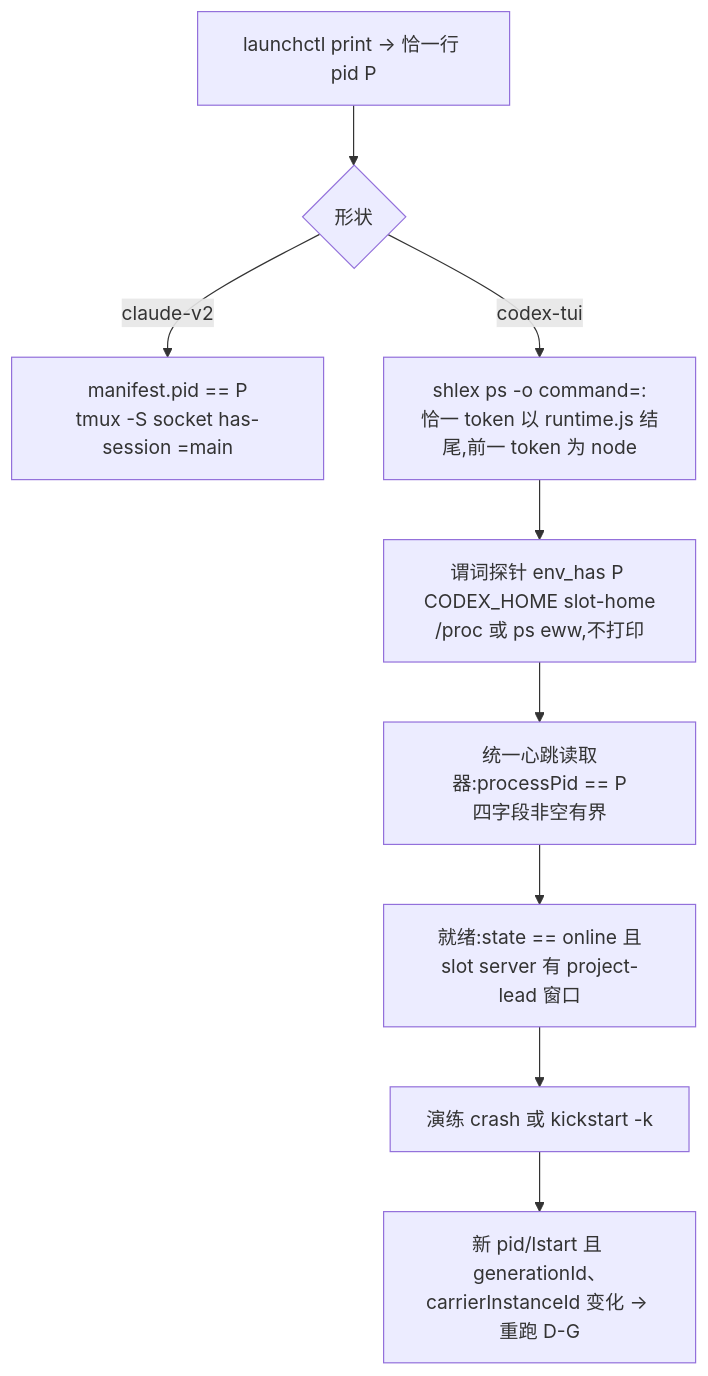
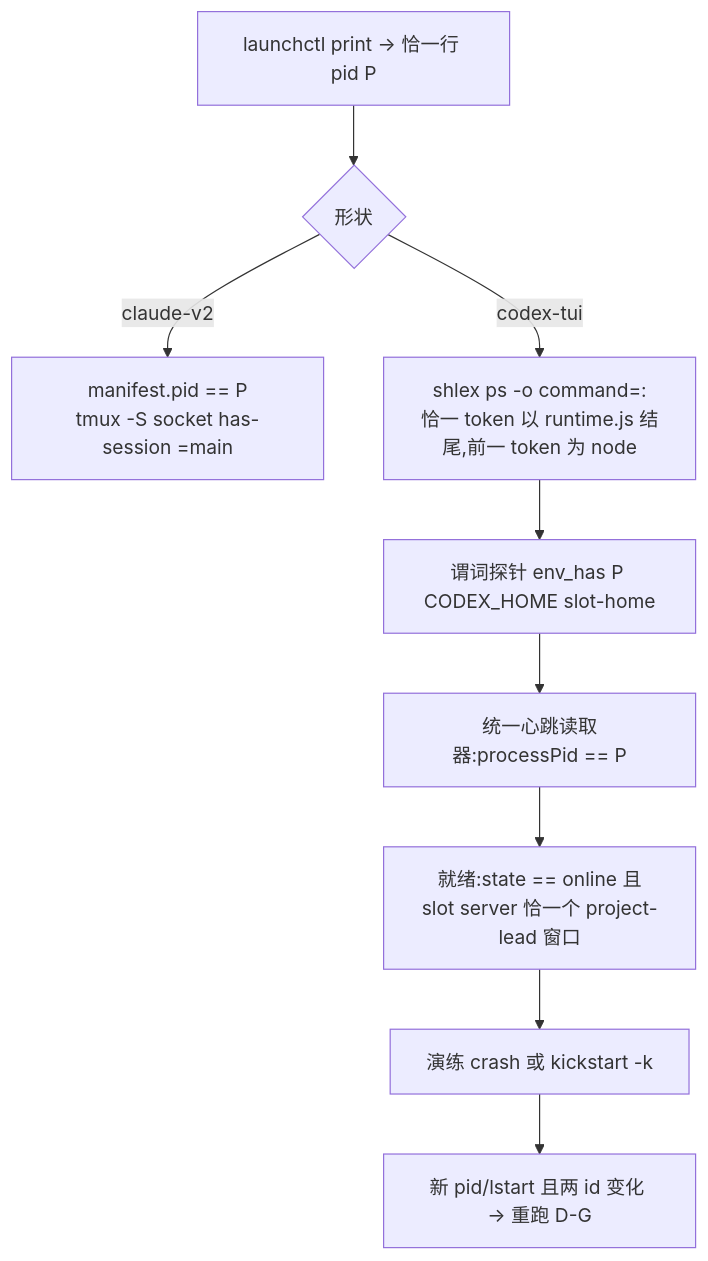
One commit to xrliAnnie/flywheel-qa-sandbox changed the second of 3 diagrams in engineering/doc/FLY-2301-codex-lead-bench/plan.md. Above: the diagram before and after it, drawn with Mermaid. The commit also changed other lines of this file, not shown here.

First line of the commit message:
docs: FLY-2301 plan rev3 — apply Codex R2 findings and Lead M9 wording

````diff
--- a/engineering/doc/FLY-2301-codex-lead-bench/plan.md
+++ b/engineering/doc/FLY-2301-codex-lead-bench/plan.md
@@ -57,11 +59,11 @@
 ```mermaid
 flowchart TD
   A[launchctl print → 恰一行 pid P] --> B{形状}
   B -->|claude-v2| C[manifest.pid == P<br/>tmux -S socket has-session =main]
   B -->|codex-tui| D[shlex ps -o command=:<br/>恰一 token 以 runtime.js 结尾,前一 token 为 node]
-  D --> E[谓词探针 env_has P CODEX_HOME slot-home<br/>/proc 或 ps eww,不打印]
-  E --> F[统一心跳读取器:processPid == P<br/>四字段非空有界]
-  F --> G[就绪:state == online 且<br/>slot server 有 project-lead 窗口]
+  D --> E[谓词探针 env_has P CODEX_HOME slot-home]
+  E --> F[统一心跳读取器:processPid == P]
+  F --> G[就绪:state == online 且<br/>slot server 恰一个 project-lead 窗口]
   G --> H[演练 crash 或 kickstart -k]
-  H --> I[新 pid/lstart 且 generationId、carrierInstanceId 变化 → 重跑 D-G]
+  H --> I[新 pid/lstart 且两 id 变化 → 重跑 D-G]
 ```
````
